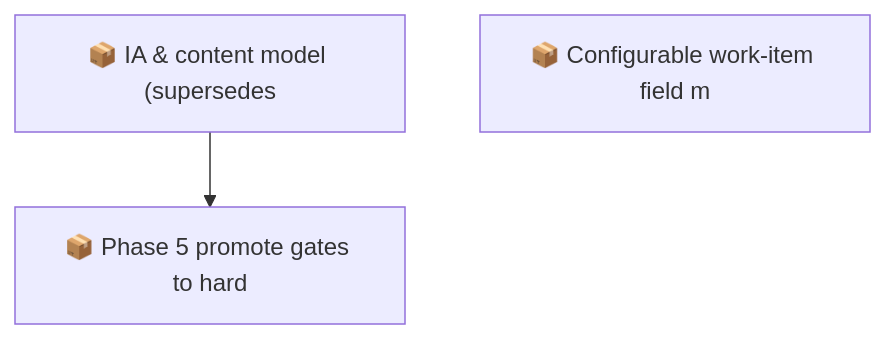
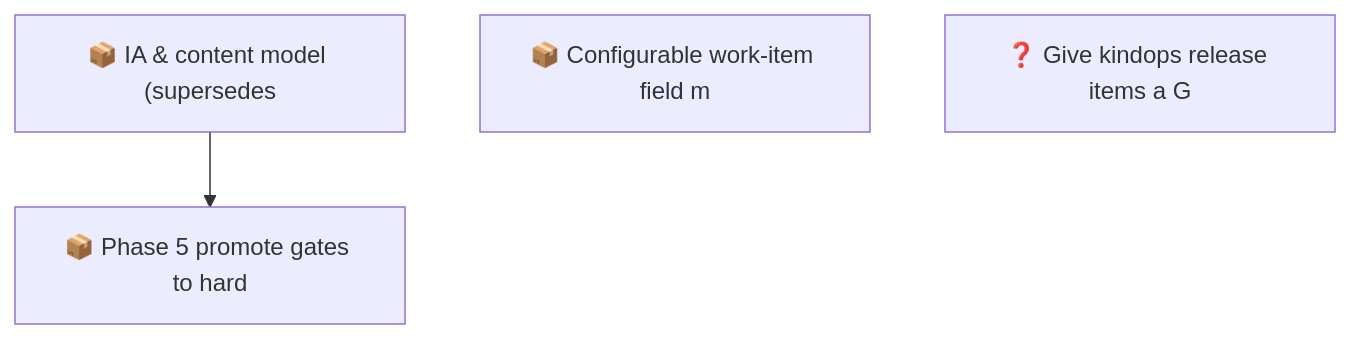
One commit to SpillwaveSolutions/wiki_ticket_sdd changed the second of 2 diagrams in docs/roadmap.md. Above: the diagram before and after it, drawn with Mermaid. The commit also changed other lines of this file and 1 other file, not shown here.

First line of the commit message:
chore(worklog): file process-improvement item on release-item ticket sync

````diff
--- a/docs/roadmap.md
+++ b/docs/roadmap.md
@@ -57,7 +63,8 @@
 ```mermaid
 graph TD
     01KY5G9ZW0H2YMNWDFJYGRPYE5["📦 IA & content model (supersedes"]
     01KY5G9ZW0RABXWHEMEP1FAV2G["📦 Phase 5 promote gates to hard"]
     01KY5NE0ZYGBWG44N0KPEBFCZ8["📦 Configurable work-item field m"]
+    01KYA8MDY5HP9MC5KQMJX3BN84["❓ Give kindops release items a G"]
     01KY5G9ZW0H2YMNWDFJYGRPYE5 --> 01KY5G9ZW0RABXWHEMEP1FAV2G
 ```
````
